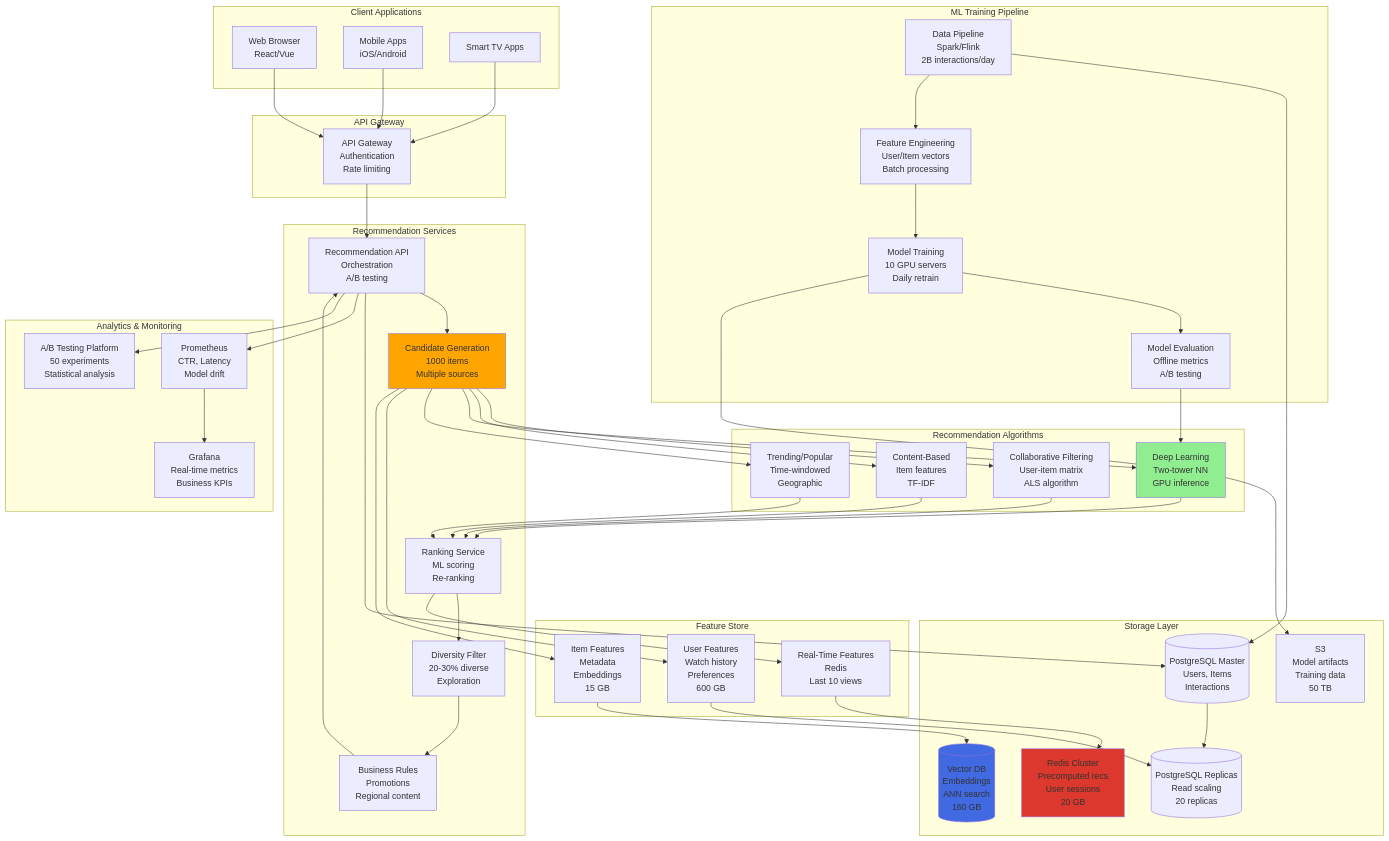
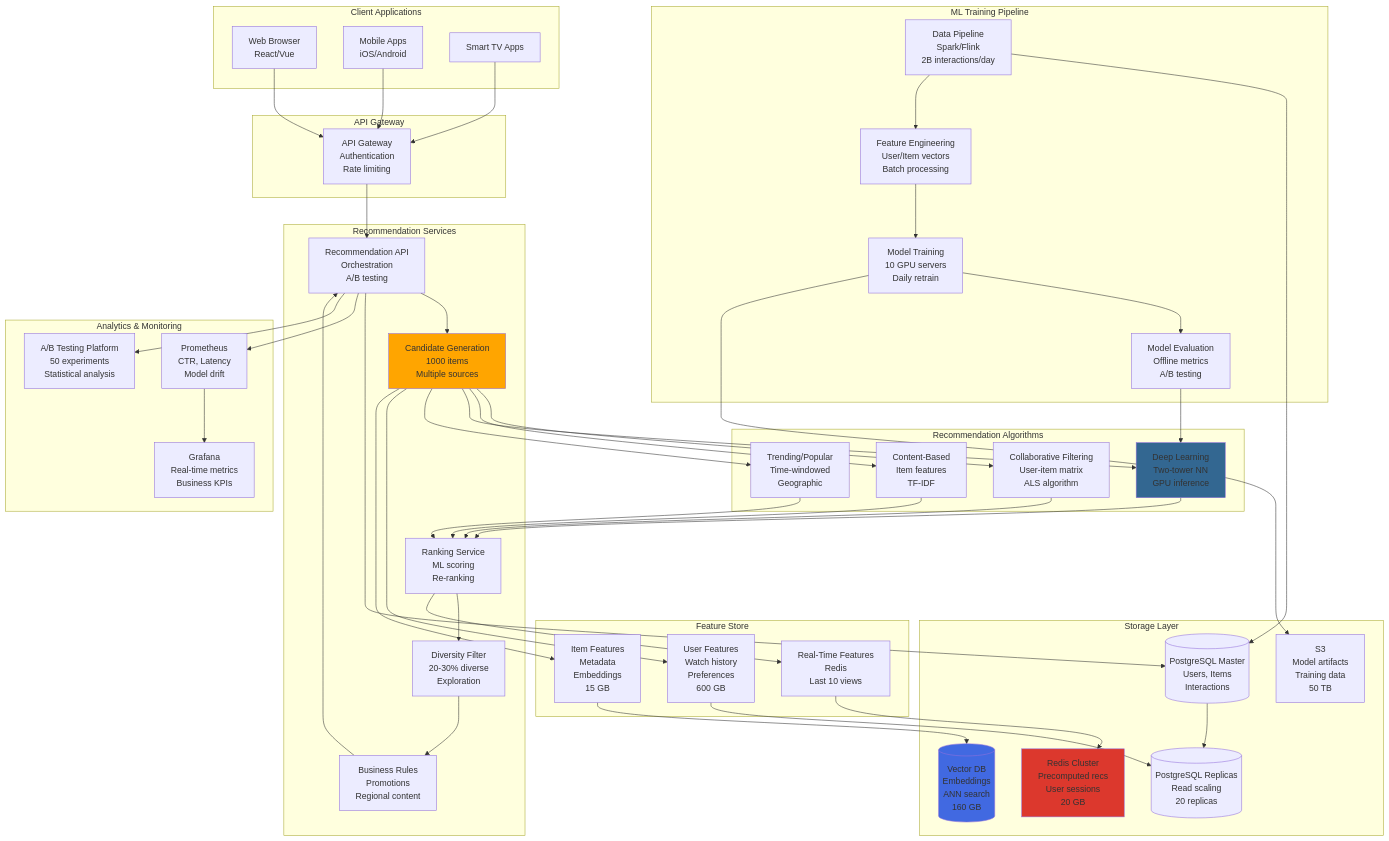
The diagram in Distributed Systems/System Design/Recommendation System (Netflix_YouTube_Amazon) Des.md (atulRanaa/problem-solving), drawn with Mermaid before and after one commit. The commit also changed 22 other files, not shown here.

```diff
--- a/Distributed Systems/System Design/Recommendation System (Netflix_YouTube_Amazon) Des.md
+++ b/Distributed Systems/System Design/Recommendation System (Netflix_YouTube_Amazon) Des.md
@@ -802,7 +802,7 @@
     METRICS --> DASHBOARD
     REC_API --> AB_PLATFORM
     
-    style DEEP_LEARNING fill:#90EE90
+    style DEEP_LEARNING fill:#336791
     style REDIS_CACHE fill:#dc382d
     style CANDIDATE_GEN fill:#ffa500
     style VECTOR_DB fill:#4169E1
```
